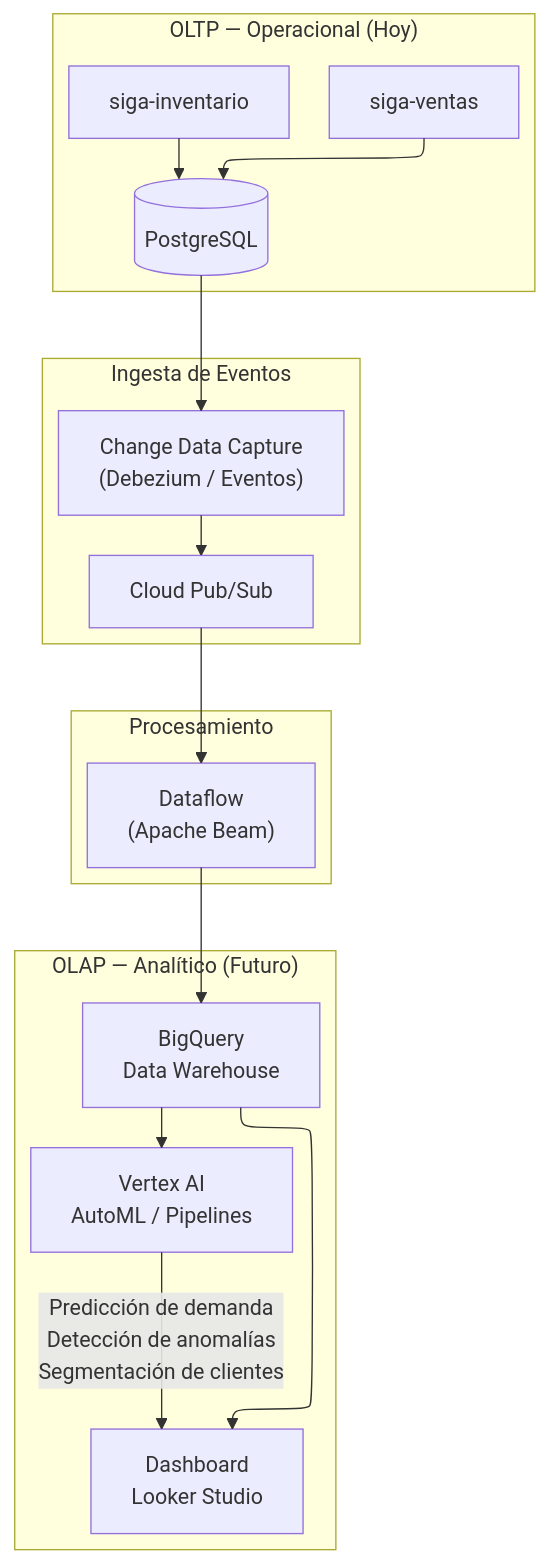
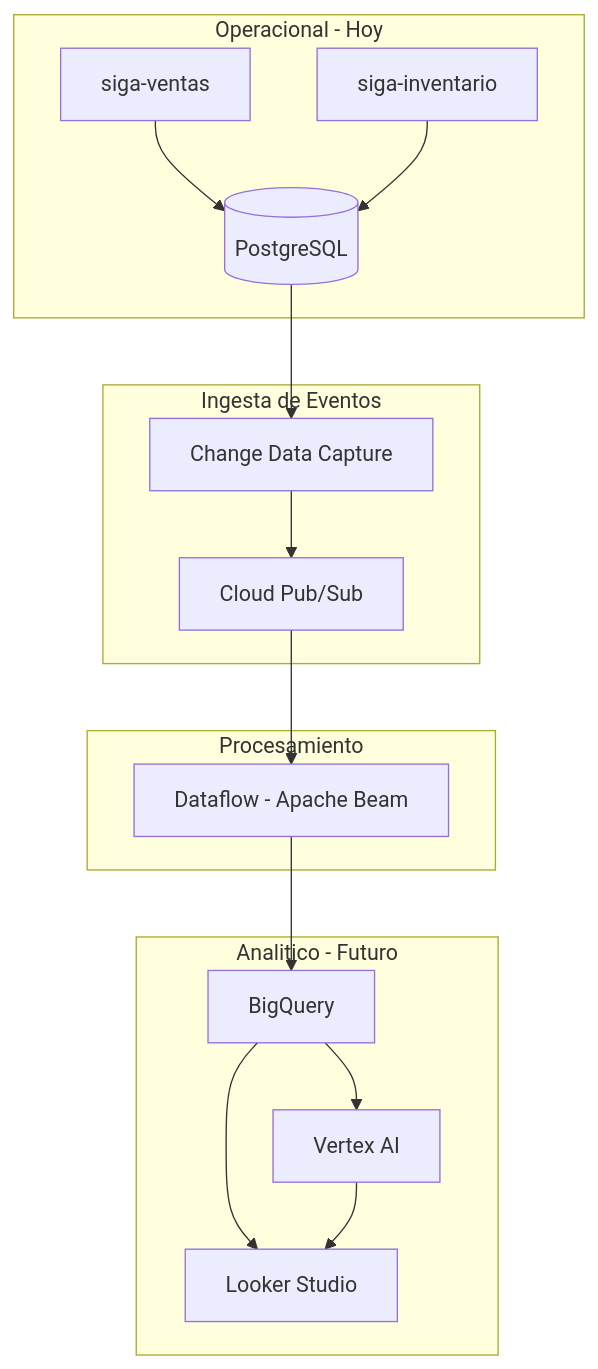
Before and after one commit to HecAguilaV/SIGA: the seventh of 7 diagrams in openspec/changes/migracion-microservicios/architecture-diagrams.md, drawn with Mermaid. The commit also changed other lines of this file, not shown here.

Commit message:
docs: estandarizar TODOS los diagramas con graph (sin flowchart/ELK/emojis)

````diff
--- a/openspec/changes/migracion-microservicios/architecture-diagrams.md
+++ b/openspec/changes/migracion-microservicios/architecture-diagrams.md
@@ -220,35 +233,33 @@
 ```mermaid
-%%{init: {"flowchart": {"defaultRenderer": "elk"}}}%%
-flowchart TD
-    subgraph OLTP["OLTP — Operacional (Hoy)"]
+graph TD
+    subgraph OLTP["Operacional - Hoy"]
         VE["siga-ventas"]
         IN["siga-inventario"]
         DB[("PostgreSQL")]
     end
 
     subgraph Ingesta["Ingesta de Eventos"]
-        CDC["Change Data Capture<br/>(Debezium / Eventos)"]
+        CDC["Change Data Capture"]
         PS["Cloud Pub/Sub"]
     end
 
-    subgraph Procesamiento["Procesamiento"]
-        DF["Dataflow<br/>(Apache Beam)"]
+    subgraph Procesamiento
+        DF["Dataflow - Apache Beam"]
     end
 
-    subgraph OLAP["OLAP — Analítico (Futuro)"]
-        BQ["BigQuery<br/>Data Warehouse"]
-        VA["Vertex AI<br/>AutoML / Pipelines"]
-        DS["Dashboard<br/>Looker Studio"]
+    subgraph OLAP["Analitico - Futuro"]
+        BQ["BigQuery"]
+        VA["Vertex AI"]
+        DS["Looker Studio"]
     end
 
     VE --> DB
     IN --> DB
     DB --> CDC
     CDC --> PS
     PS --> DF
     DF --> BQ
     BQ --> VA
     BQ --> DS
-
-    VA -->|"Predicción de demanda<br/>Detección de anomalías<br/>Segmentación de clientes"| DS
+    VA --> DS
 ```
````
